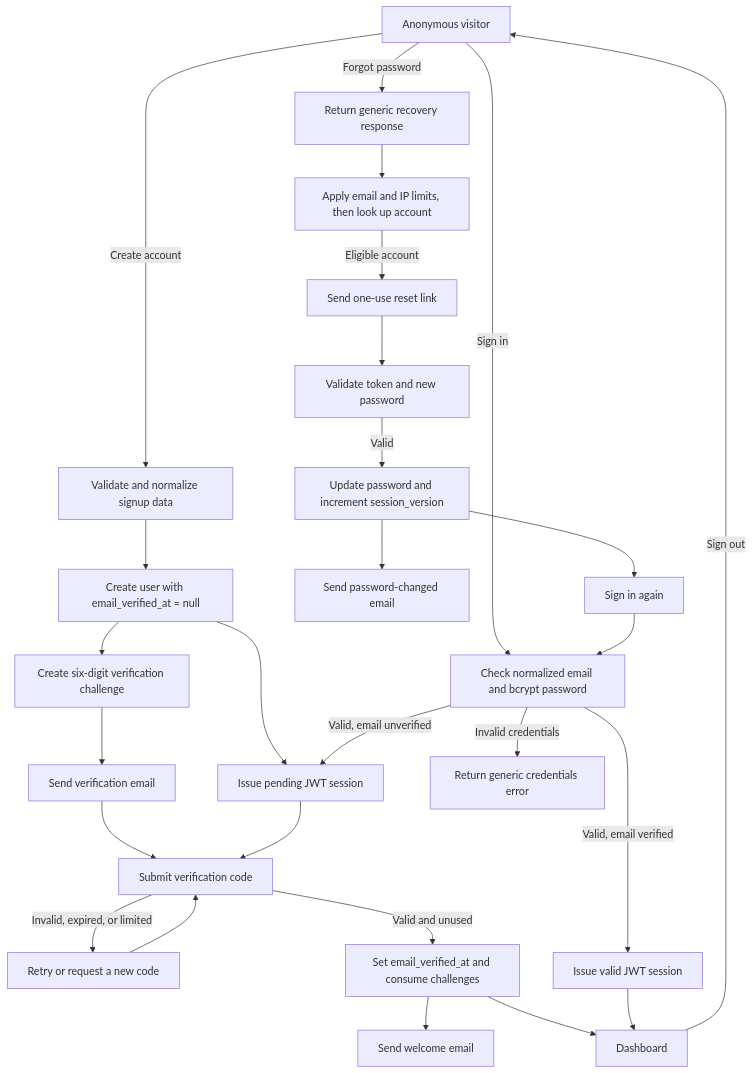
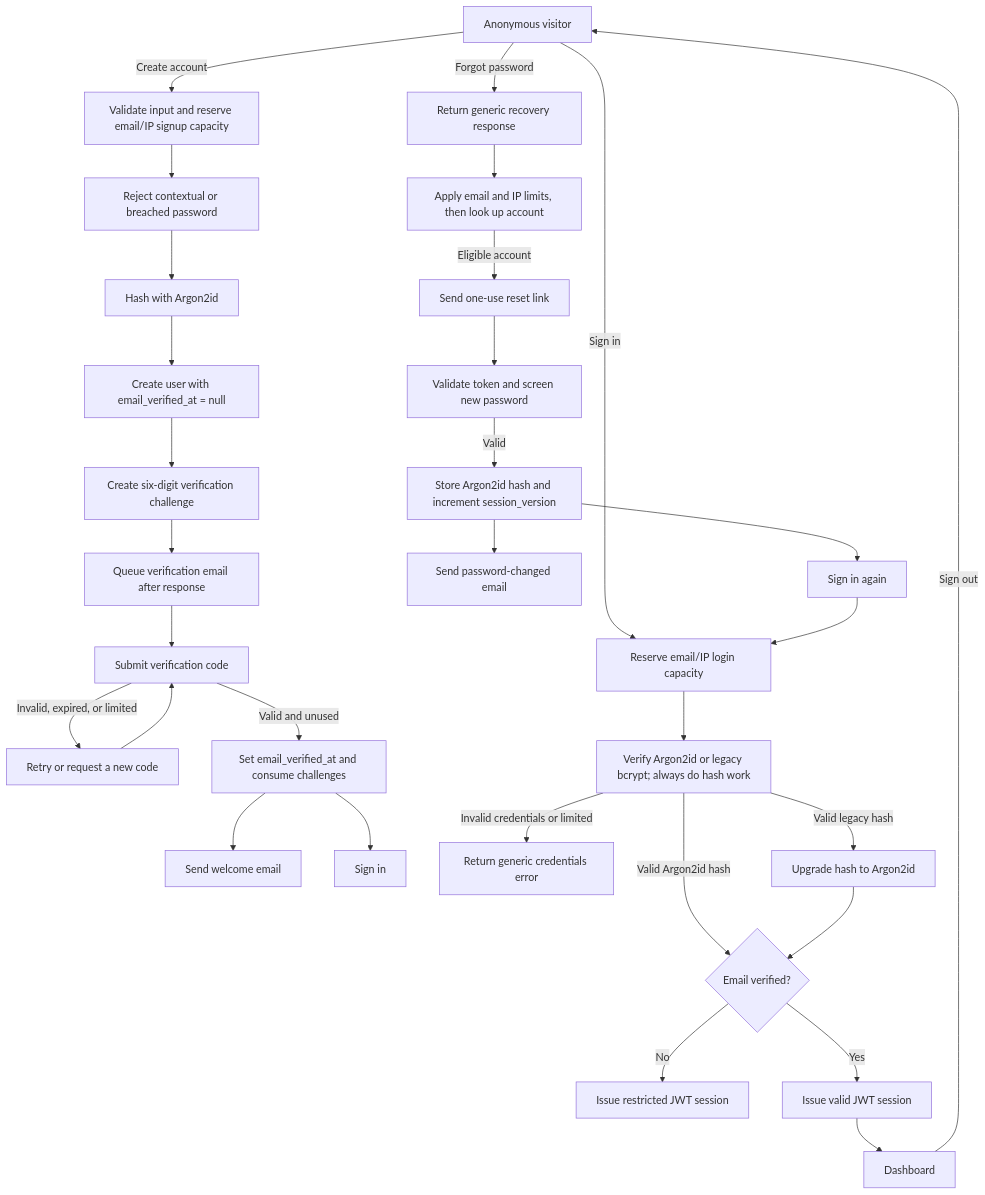
Before and after one commit to tylerprill/woodenbridge: the first of 2 diagrams in docs/auth/README.md, drawn with Mermaid. The commit also changed other lines of this file and 30 other files, not shown here.

````diff
--- a/docs/auth/README.md
+++ b/docs/auth/README.md
@@ -9,34 +9,38 @@
 ```mermaid
 flowchart TD
   Visitor["Anonymous visitor"]
 
-  Visitor -->|"Create account"| SignUp["Validate and normalize signup data"]
-  SignUp --> User["Create user with email_verified_at = null"]
+  Visitor -->|"Create account"| SignUp["Validate input and reserve email/IP signup capacity"]
+  SignUp --> Screen["Reject contextual or breached password"]
+  Screen --> Hash["Hash with Argon2id"]
+  Hash --> User["Create user with email_verified_at = null"]
   User --> Challenge["Create six-digit verification challenge"]
-  Challenge --> MailCode["Send verification email"]
-  User --> Pending["Issue pending JWT session"]
+  Challenge --> MailCode["Queue verification email after response"]
   MailCode --> Verify["Submit verification code"]
-  Pending --> Verify
   Verify -->|"Invalid, expired, or limited"| Retry["Retry or request a new code"]
   Retry --> Verify
   Verify -->|"Valid and unused"| MarkVerified["Set email_verified_at and consume challenges"]
   MarkVerified --> Welcome["Send welcome email"]
-  MarkVerified --> Dashboard["Dashboard"]
+  MarkVerified --> LoginAgain["Sign in"]
 
-  Visitor -->|"Sign in"| Login["Check normalized email and bcrypt password"]
-  Login -->|"Invalid credentials"| LoginError["Return generic credentials error"]
-  Login -->|"Valid, email unverified"| Pending
-  Login -->|"Valid, email verified"| Session["Issue valid JWT session"]
+  Visitor -->|"Sign in"| Login["Reserve email/IP login capacity"]
+  Login --> CheckPassword["Verify Argon2id or legacy bcrypt; always do hash work"]
+  CheckPassword -->|"Invalid credentials or limited"| LoginError["Return generic credentials error"]
+  CheckPassword -->|"Valid legacy hash"| MigrateHash["Upgrade hash to Argon2id"]
+  CheckPassword -->|"Valid Argon2id hash"| AccountState{"Email verified?"}
+  MigrateHash --> AccountState
+  AccountState -->|"No"| Pending["Issue restricted JWT session"]
+  AccountState -->|"Yes"| Session["Issue valid JWT session"]
   Session --> Dashboard
 
   Visitor -->|"Forgot password"| Recovery["Return generic recovery response"]
   Recovery --> Limits["Apply email and IP limits, then look up account"]
   Limits -->|"Eligible account"| ResetMail["Send one-use reset link"]
-  ResetMail --> Reset["Validate token and new password"]
-  Reset -->|"Valid"| Revoke["Update password and increment session_version"]
+  ResetMail --> Reset["Validate token and screen new password"]
+  Reset -->|"Valid"| Revoke["Store Argon2id hash and increment session_version"]
   Revoke --> ChangedMail["Send password-changed email"]
-  Revoke --> LoginAgain["Sign in again"]
-  LoginAgain --> Login
+  Revoke --> LoginAfterReset["Sign in again"]
+  LoginAfterReset --> Login
 
   Dashboard -->|"Sign out"| Visitor
 ```
````
